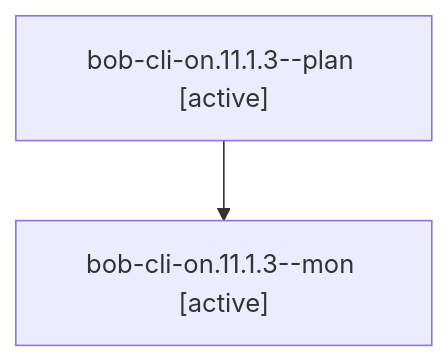
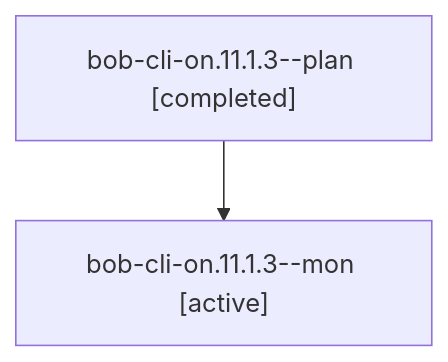
Before and after one commit to bobs-org/bob-cli--agents: the diagram in sessions/bbugyi200.athena.bob-cli-on.11.1.3.md, drawn with Mermaid. The commit also changed other lines of this file and 112 other files, not shown here.

````diff
--- a/sessions/bbugyi200.athena.bob-cli-on.11.1.3.md
+++ b/sessions/bbugyi200.athena.bob-cli-on.11.1.3.md
@@ -9,6 +9,6 @@
 ```mermaid
 flowchart TD
-  n0["bob-cli-on.11.1.3--plan [active]"]
+  n0["bob-cli-on.11.1.3--plan [completed]"]
   n1["bob-cli-on.11.1.3--mon [active]"]
   n0 --> n1
 ```
````
